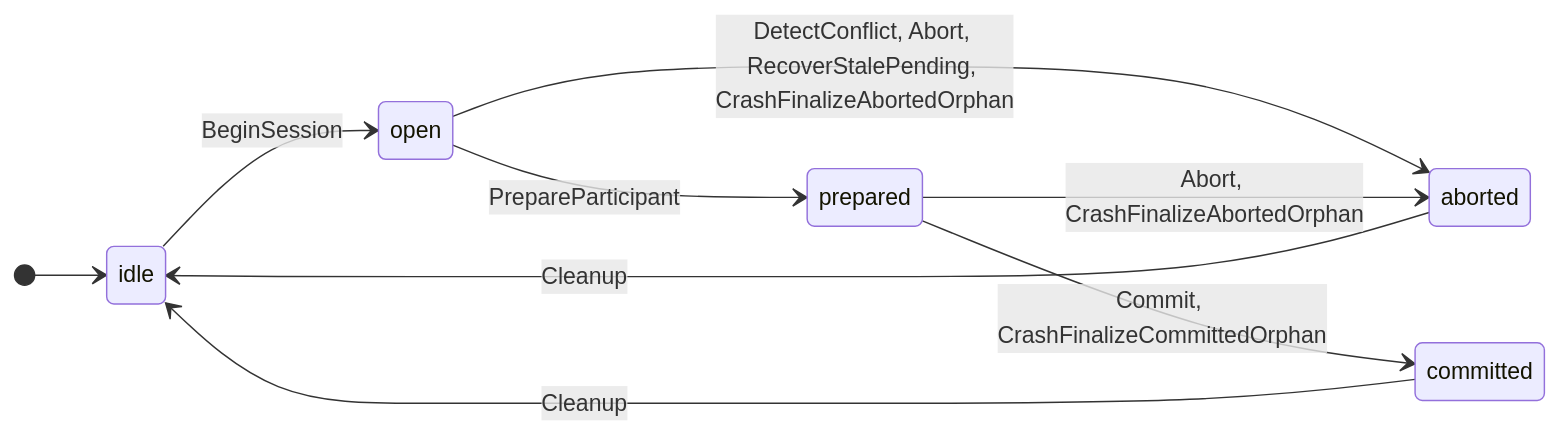
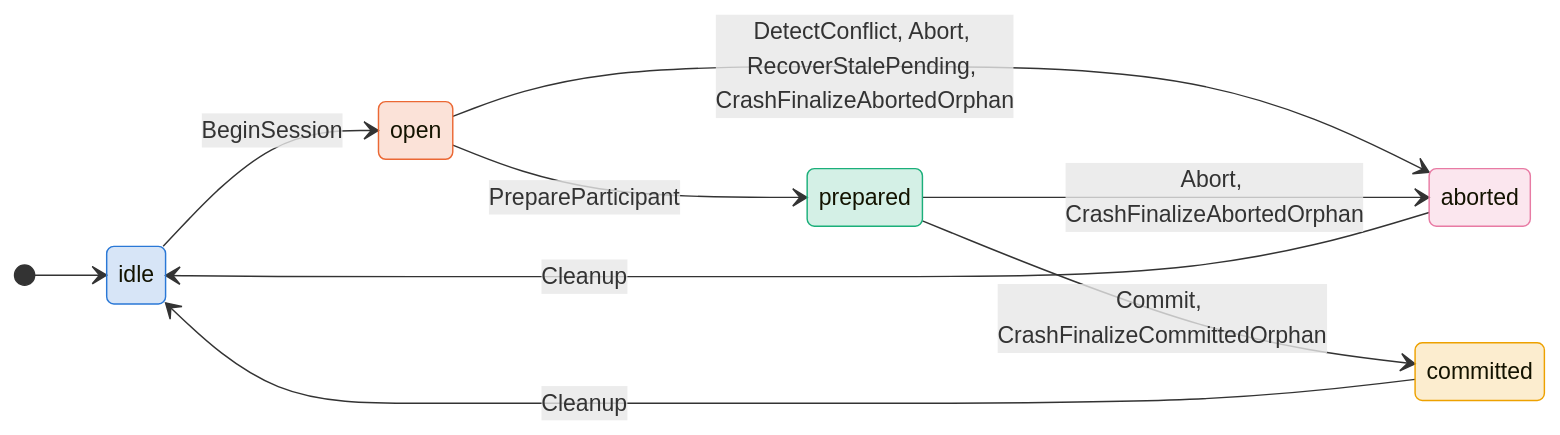
One commit to antflydb/antfly changed the first of 2 diagrams in zig/specs/tla/diagrams/storage/db/AntflyTransactionSession.md. Above: the diagram before and after it, drawn with Mermaid. The commit also changed 27 other files, not shown here.

````diff
--- a/zig/specs/tla/diagrams/storage/db/AntflyTransactionSession.md
+++ b/zig/specs/tla/diagrams/storage/db/AntflyTransactionSession.md
@@ -13,12 +13,22 @@
 ```mermaid
 stateDiagram-v2
     direction LR
     [*] --> idle
     idle --> open : BeginSession
     open --> aborted : DetectConflict, Abort, RecoverStalePending, CrashFinalizeAbortedOrphan
     prepared --> committed : Commit, CrashFinalizeCommittedOrphan
     prepared --> aborted : Abort, CrashFinalizeAbortedOrphan
     aborted --> idle : Cleanup
     committed --> idle : Cleanup
     open --> prepared : PrepareParticipant
+    classDef c_idle fill:#2a78d630,stroke:#2a78d6
+    class idle c_idle
+    classDef c_open fill:#eb683430,stroke:#eb6834
+    class open c_open
+    classDef c_prepared fill:#1baf7a30,stroke:#1baf7a
+    class prepared c_prepared
+    classDef c_committed fill:#eda10030,stroke:#eda100
+    class committed c_committed
+    classDef c_aborted fill:#e87ba430,stroke:#e87ba4
+    class aborted c_aborted
 ```
````
